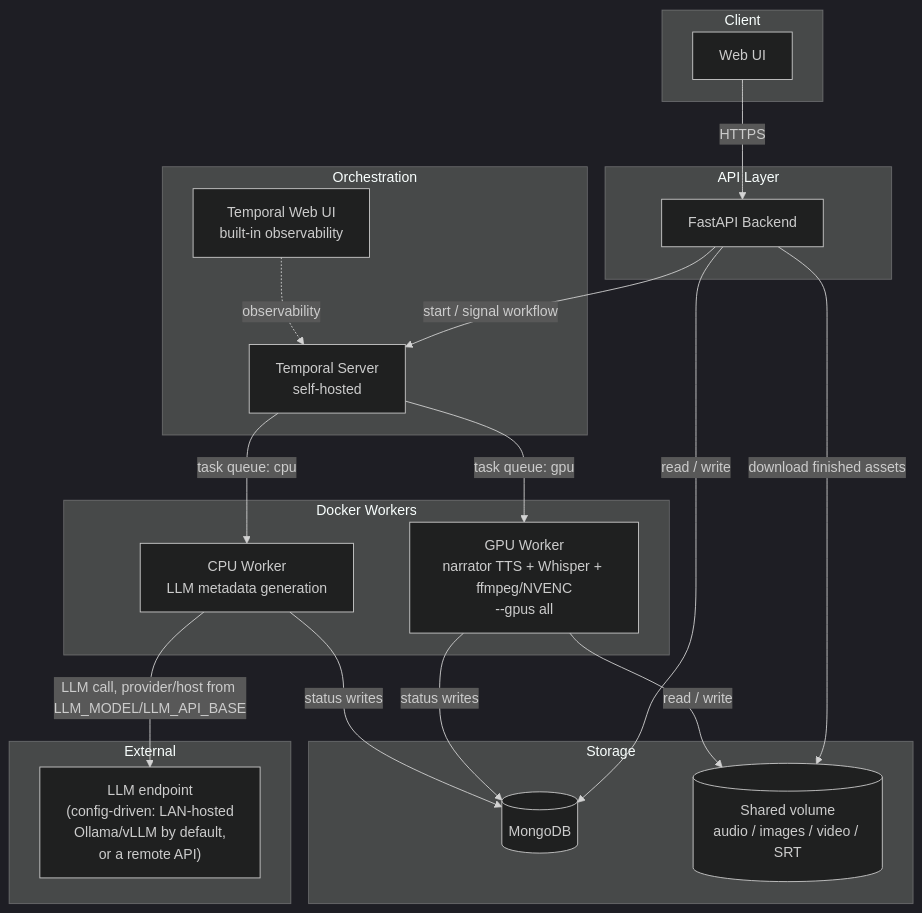
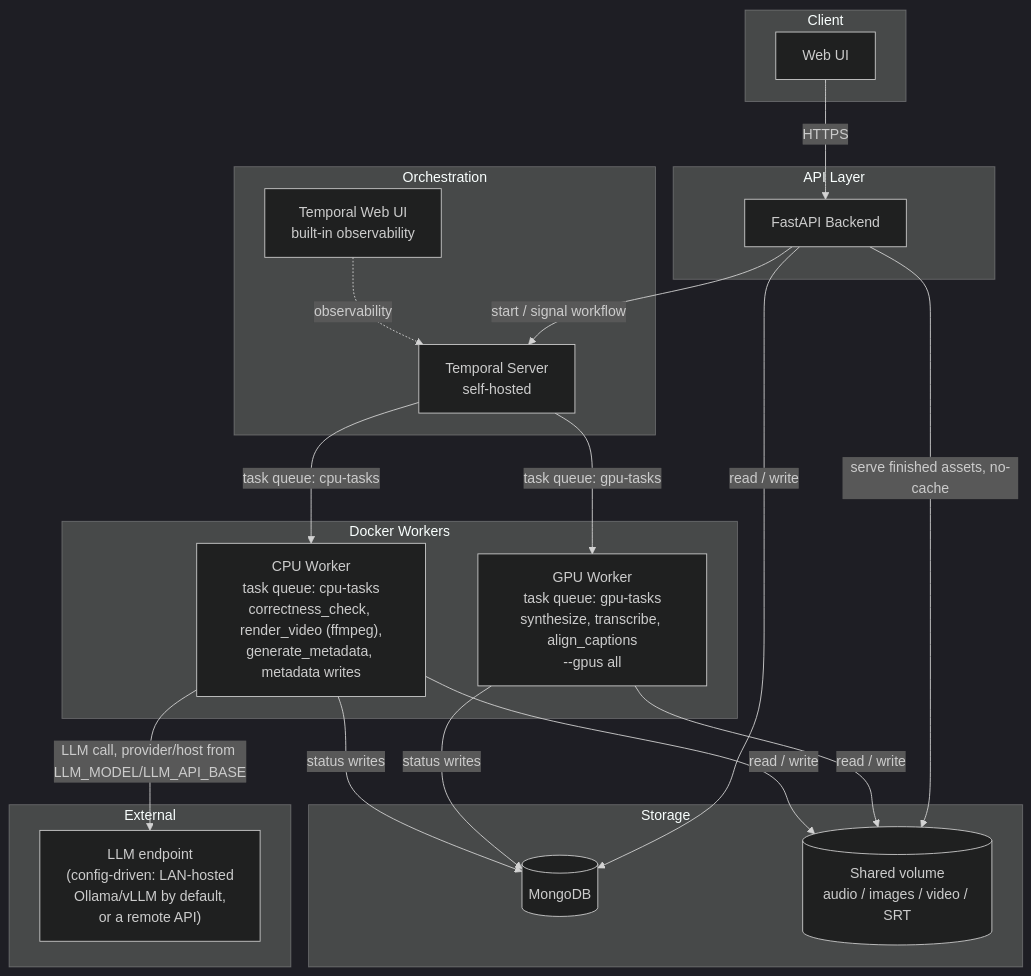
One commit to geosp/mx-narrator changed the first of 7 diagrams in docs/rfc-narrator-studio.md. Above: the diagram before and after it, drawn with Mermaid (dark theme). The commit also changed other lines of this file, not shown here.

````diff
--- a/docs/rfc-narrator-studio.md
+++ b/docs/rfc-narrator-studio.md
@@ -62,41 +85,42 @@
 ```mermaid
 graph TD
     subgraph Client
         UI[Web UI]
     end
 
     subgraph "API Layer"
         API[FastAPI Backend]
     end
 
     subgraph Orchestration
         TEMPORAL[Temporal Server<br/>self-hosted]
         TUI[Temporal Web UI<br/>built-in observability]
     end
 
     subgraph Workers["Docker Workers"]
-        GPUW["GPU Worker<br/>narrator TTS + Whisper + ffmpeg/NVENC<br/>--gpus all"]
-        CPUW["CPU Worker<br/>LLM metadata generation"]
+        GPUW["GPU Worker<br/>task queue: gpu-tasks<br/>synthesize, transcribe, align_captions<br/>--gpus all"]
+        CPUW["CPU Worker<br/>task queue: cpu-tasks<br/>correctness_check, render_video (ffmpeg),<br/>generate_metadata, metadata writes"]
     end
 
     subgraph Storage
         MONGO[(MongoDB)]
         FILES[("Shared volume<br/>audio / images / video / SRT")]
     end
 
     subgraph External
         LLM["LLM endpoint<br/>(config-driven: LAN-hosted<br/>Ollama/vLLM by default,<br/>or a remote API)"]
     end
 
     UI -->|HTTPS| API
     API -->|start / signal workflow| TEMPORAL
     API -->|read / write| MONGO
-    API -->|download finished assets| FILES
-    TEMPORAL -->|task queue: gpu| GPUW
-    TEMPORAL -->|task queue: cpu| CPUW
+    API -->|serve finished assets, no-cache| FILES
+    TEMPORAL -->|task queue: gpu-tasks| GPUW
+    TEMPORAL -->|task queue: cpu-tasks| CPUW
     GPUW -->|read / write| FILES
     GPUW -->|status writes| MONGO
     CPUW -->|LLM call, provider/host from LLM_MODEL/LLM_API_BASE| LLM
+    CPUW -->|read / write| FILES
     CPUW -->|status writes| MONGO
     TUI -.->|observability| TEMPORAL
 ```
````
